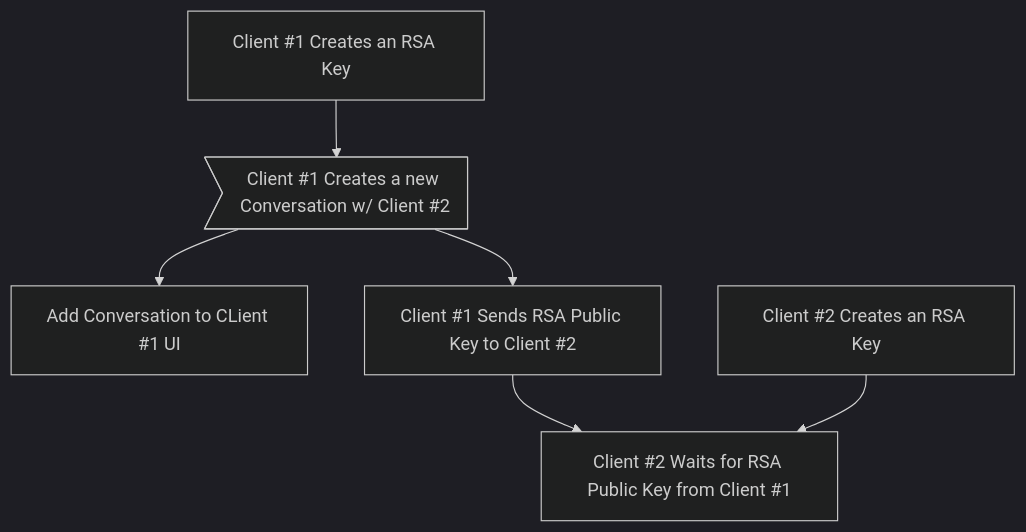
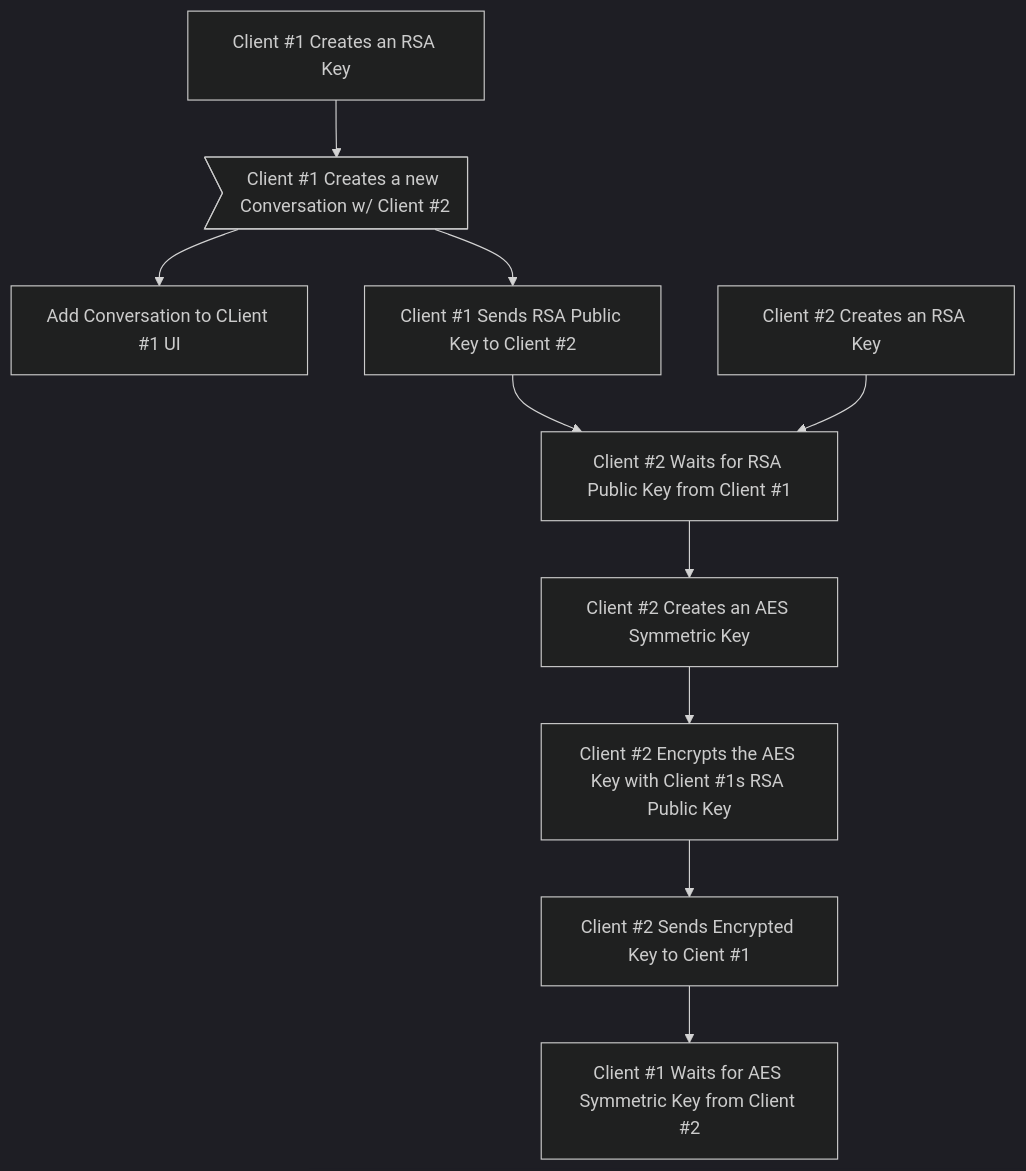
One commit to xXCrash2BomberXx/TinyChat changed the diagram in README.md. Above: the diagram before and after it, drawn with Mermaid (dark theme).

````diff
--- a/README.md
+++ b/README.md
@@ -72,9 +72,13 @@
 ```mermaid
 graph TB;
   A[Client #1 Creates an RSA Key] --> B>Client #1 Creates a new Conversation w/ Client #2];
   B --> D[Add Conversation to CLient #1 UI];
   B --> E[Client #1 Sends RSA Public Key to Client #2];
   E --> G[Client #2 Waits for RSA Public Key from Client #1];
   F[Client #2 Creates an RSA Key] --> G;
-  
+  G --> H[Client #2 Creates an AES Symmetric Key];
+  H -->I[Client #2 Encrypts the AES Key with Client #1s RSA Public Key];
+  I -->J[Client #2 Sends Encrypted Key to Cient #1];
+  J --> K[Client #1 Waits for AES Symmetric Key from Client #2];
+ 
 ```
````
